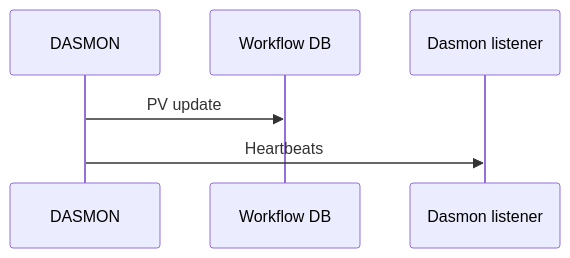
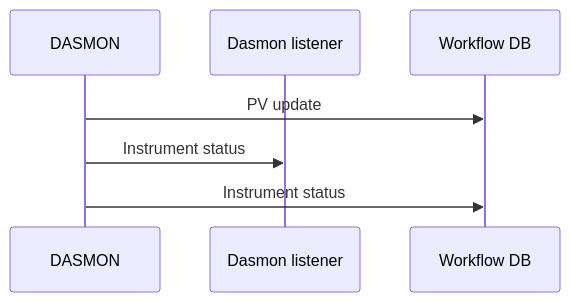
Before and after one commit to neutrons/data_workflow: the fourth of 10 diagrams in docs/developer/design/communication_flows.rst, drawn with Mermaid. The commit also changed other lines of this file and 1 other file, not shown here.

```diff
--- a/docs/developer/design/communication_flows.rst
+++ b/docs/developer/design/communication_flows.rst
@@ -105,8 +103,9 @@
 .. mermaid::
 
     sequenceDiagram
         participant DASMON
+        participant Dasmon listener
         participant Workflow DB
-        participant Dasmon listener
         DASMON->>Workflow DB: PV update
-        DASMON->>Dasmon listener: Heartbeats
+        DASMON->>Dasmon listener: Instrument status
+        DASMON->>Workflow DB: Instrument status
```
